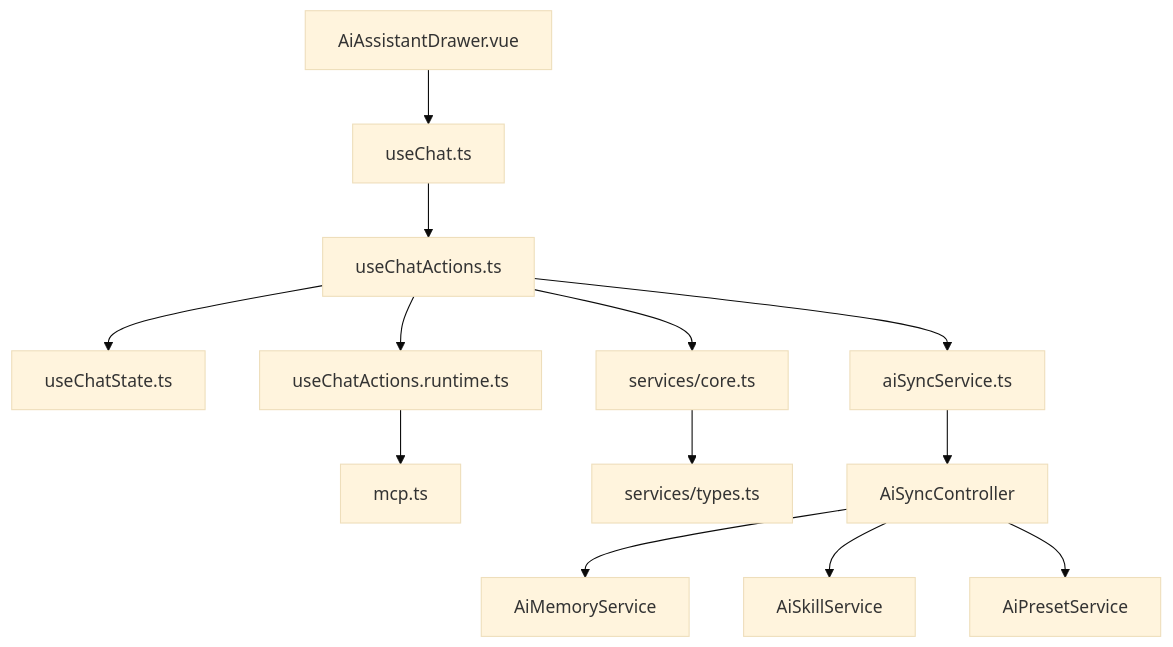
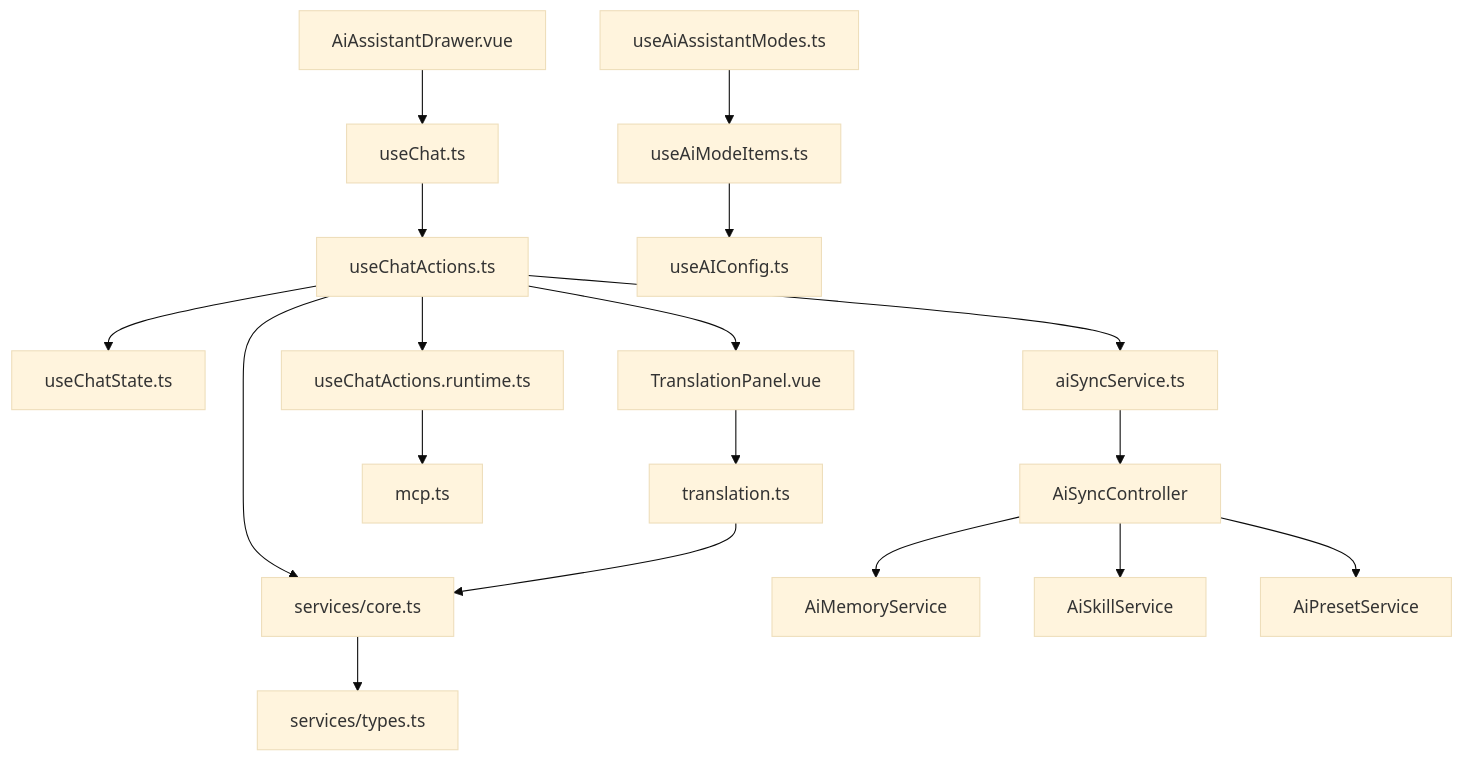
One commit to xixixiaoyu/Todo changed diagram 15 of 15 in .qoder/repowiki/zh/content/核心模块/AI助手系统/AI助手系统.md. Above: the diagram before and after it, drawn with Mermaid (base theme). The commit also changed other lines of this file and 5 other files, not shown here.

````diff
--- a/.qoder/repowiki/zh/content/核心模块/AI助手系统/AI助手系统.md
+++ b/.qoder/repowiki/zh/content/核心模块/AI助手系统/AI助手系统.md
@@ -698,15 +955,20 @@
 ```mermaid
 graph TB
 Drawer["AiAssistantDrawer.vue"] --> Chat["useChat.ts"]
 Chat --> Actions["useChatActions.ts"]
 Actions --> State["useChatState.ts"]
 Actions --> Runtime["useChatActions.runtime.ts"]
 Actions --> Sync["aiSyncService.ts"]
+Actions --> Translation["TranslationPanel.vue"]
+Translation --> TranslationSvc["translation.ts"]
 Runtime --> MCP["mcp.ts"]
 Actions --> Core["services/core.ts"]
 Core --> Types["services/types.ts"]
+TranslationSvc --> Core
 Sync --> SyncCtrl["AiSyncController"]
 SyncCtrl --> SyncMem["AiMemoryService"]
 SyncCtrl --> SyncSkill["AiSkillService"]
 SyncCtrl --> SyncPreset["AiPresetService"]
+ModeItems["useAiModeItems.ts"] --> Config["useAIConfig.ts"]
+Modes["useAiAssistantModes.ts"] --> ModeItems
 ```
````
